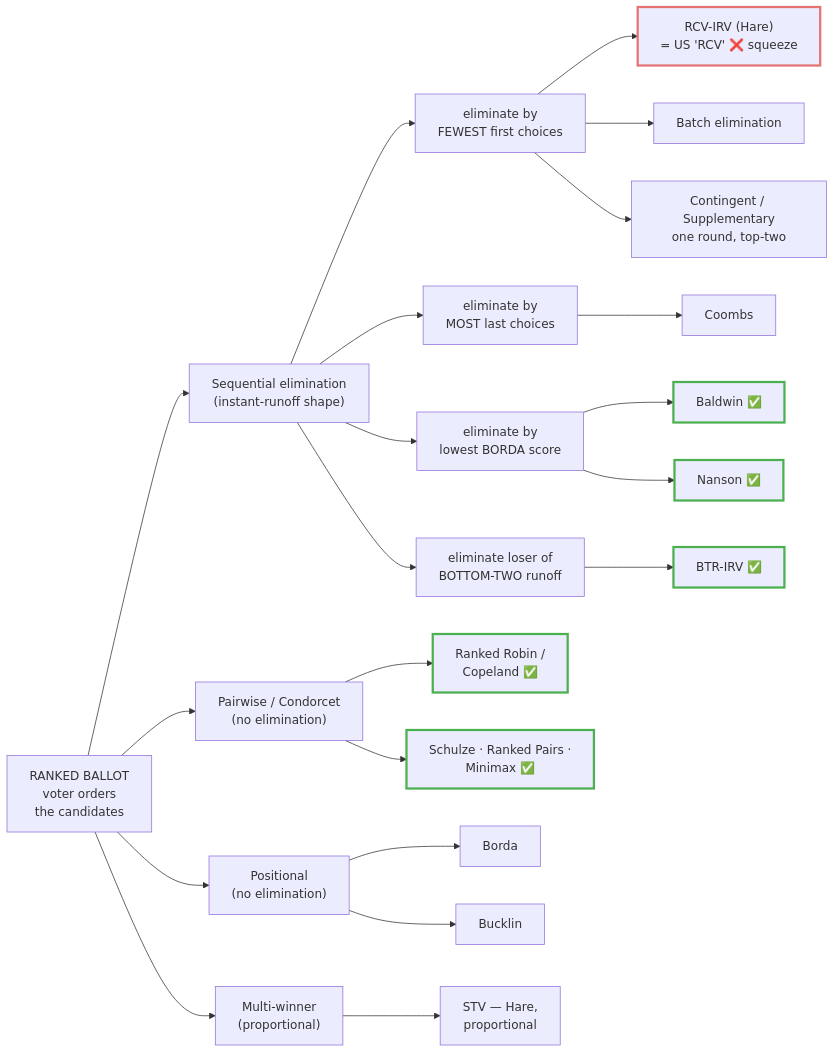
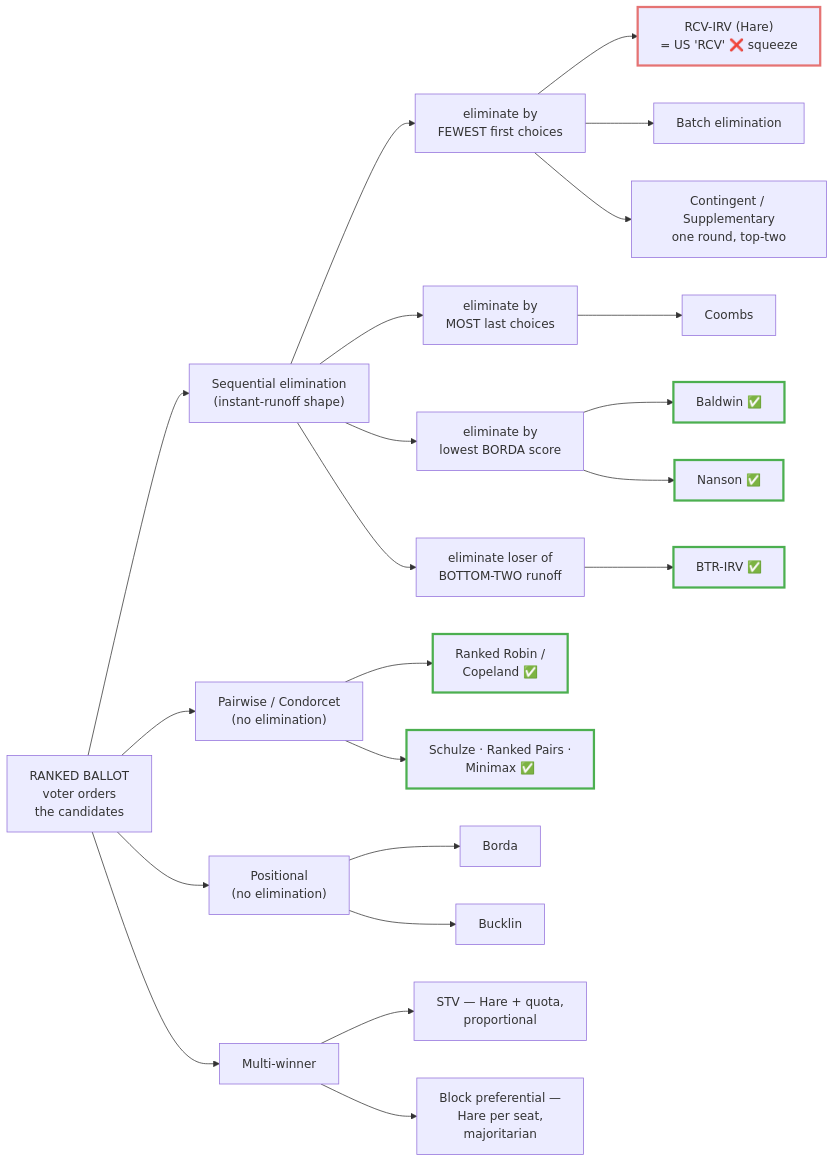
The diagram in 06_Other/RCV_IRV/concepts/variants/RCV_IRV_variants.md (masiarek/star-voting-library), drawn with Mermaid before and after one commit. The commit also changed other lines of this file and 29 other files, not shown here.

````diff
--- a/06_Other/RCV_IRV/concepts/variants/RCV_IRV_variants.md
+++ b/06_Other/RCV_IRV/concepts/variants/RCV_IRV_variants.md
@@ -11,37 +11,38 @@
 ```mermaid
 graph LR
     %% LR, not TD: the 12 leaves stack vertically, keeping the diagram ~4 node-columns
     %% wide — a TD layout is ~2300px wide and gets shrunk to unreadable on the site.
     R["RANKED BALLOT<br/>voter orders<br/>the candidates"]
 
     R --> SEQ["Sequential elimination<br/>(instant-runoff shape)"]
     R --> PW["Pairwise / Condorcet<br/>(no elimination)"]
     R --> POS["Positional<br/>(no elimination)"]
-    R --> MW["Multi-winner<br/>(proportional)"]
+    R --> MW["Multi-winner"]
 
     SEQ --> F1["eliminate by<br/>FEWEST first choices"]
     SEQ --> FL["eliminate by<br/>MOST last choices"]
     SEQ --> FB["eliminate by<br/>lowest BORDA score"]
     SEQ --> FH["eliminate loser of<br/>BOTTOM-TWO runoff"]
 
     F1 --> HARE["RCV-IRV (Hare)<br/>= US 'RCV' ❌ squeeze"]
     F1 --> BATCH["Batch elimination"]
     F1 --> CONT["Contingent / Supplementary<br/>one round, top-two"]
     FL --> COOMBS["Coombs"]
     FB --> BALD["Baldwin ✅"]
     FB --> NAN["Nanson ✅"]
     FH --> BTR["BTR-IRV ✅"]
 
     PW --> RR["Ranked Robin /<br/>Copeland ✅"]
     PW --> CMORE["Schulze · Ranked Pairs ·<br/>Minimax ✅"]
     POS --> BORDA["Borda"]
     POS --> BUCK["Bucklin"]
-    MW --> STV["STV — Hare,<br/>proportional"]
+    MW --> STV["STV — Hare + quota,<br/>proportional"]
+    MW --> BPV["Block preferential —<br/>Hare per seat,<br/>majoritarian"]
 
     %% stroke-only highlighting: hard-coded fills break dark mode (the site theme
     %% controls label color, so light fills get light text); borders work in both.
     classDef safe stroke:#4caf50,stroke-width:3px;
     classDef squeeze stroke:#e57373,stroke-width:3px;
     class BALD,NAN,BTR,RR,CMORE safe;
     class HARE squeeze;
 ```
````
